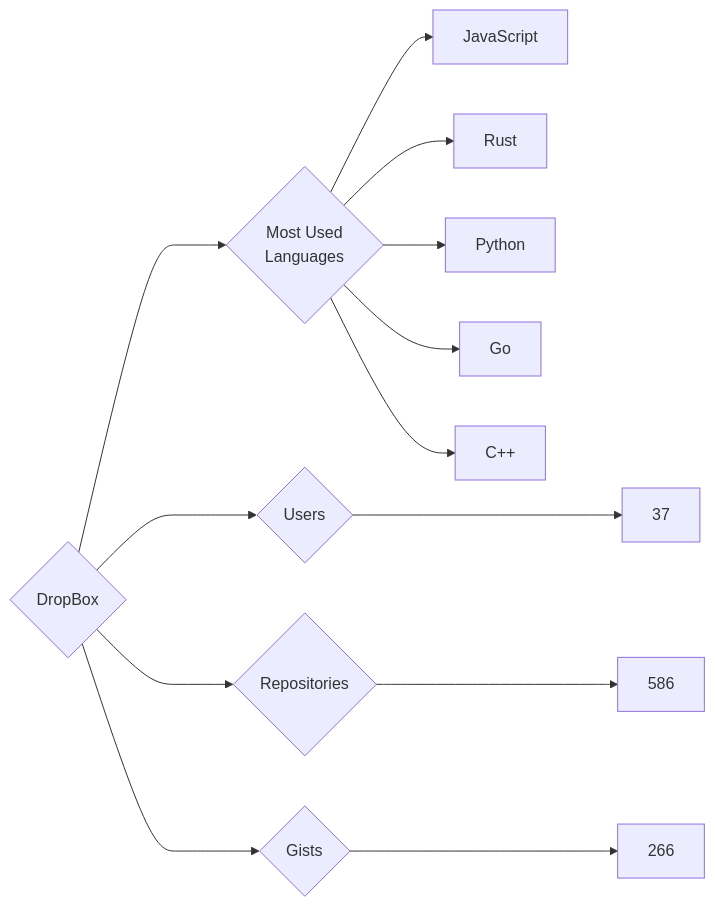
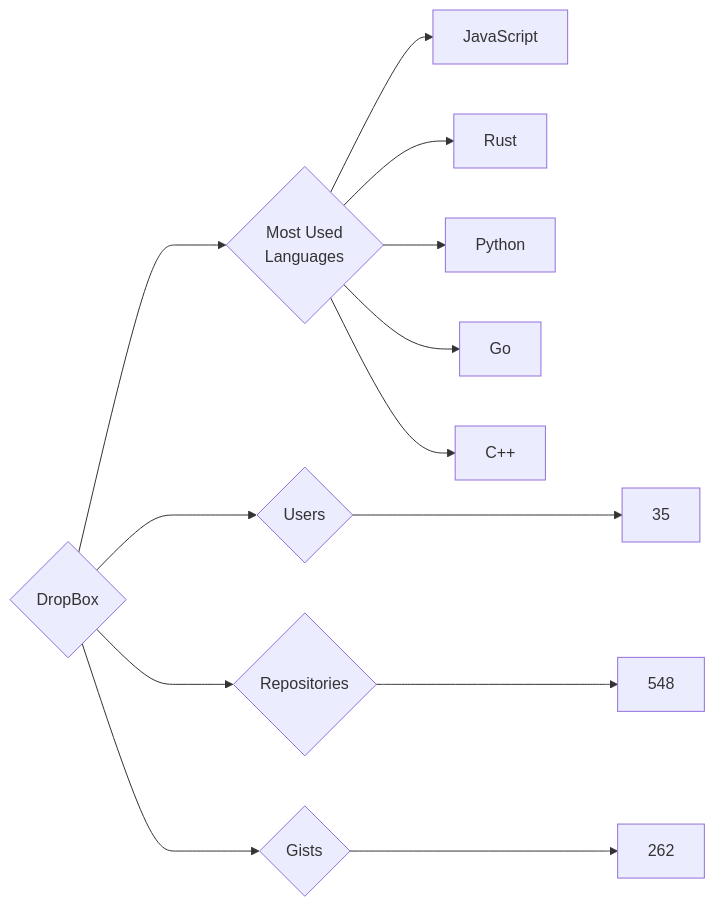
The diagram in targets/DropBox/README.md (trickest/insiders), drawn with Mermaid before and after one commit. The commit also changed 823 other files, not shown here.

````diff
--- a/targets/DropBox/README.md
+++ b/targets/DropBox/README.md
@@ -3,13 +3,13 @@
 ```mermaid
 graph LR
 COMPANY_NAME{DropBox}
-COMPANY_NAME ---> U{Users} ---> UN[37]
-COMPANY_NAME ---> R{Repositories} ---> RN[586]
-COMPANY_NAME ---> G{Gists} ---> GN[266]
+COMPANY_NAME ---> U{Users} ---> UN[35]
+COMPANY_NAME ---> R{Repositories} ---> RN[548]
+COMPANY_NAME ---> G{Gists} ---> GN[262]
 COMPANY_NAME ---> ML{Most Used<br>Languages}
 ML --> JavaScript[JavaScript]
 ML --> Rust[Rust]
 ML --> Python[Python]
 ML --> Go[Go]
 ML --> C++[C++]
 ```
````
